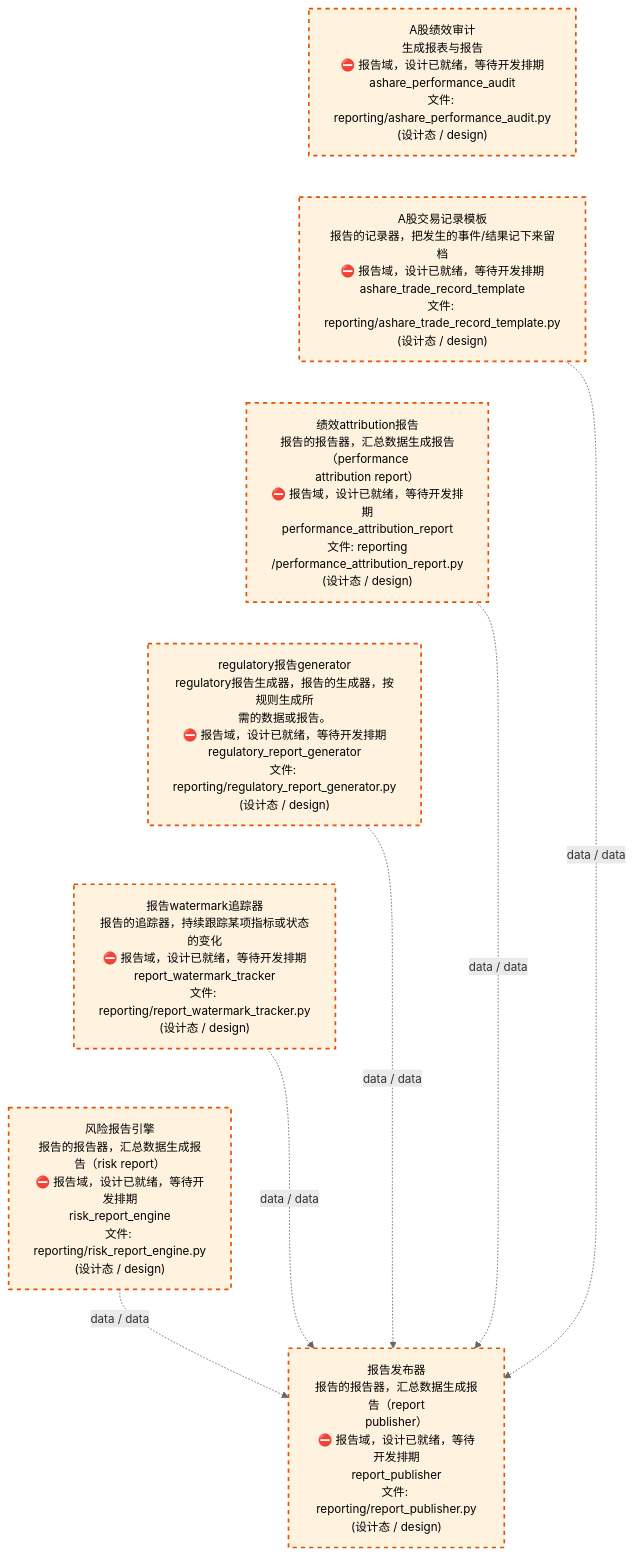
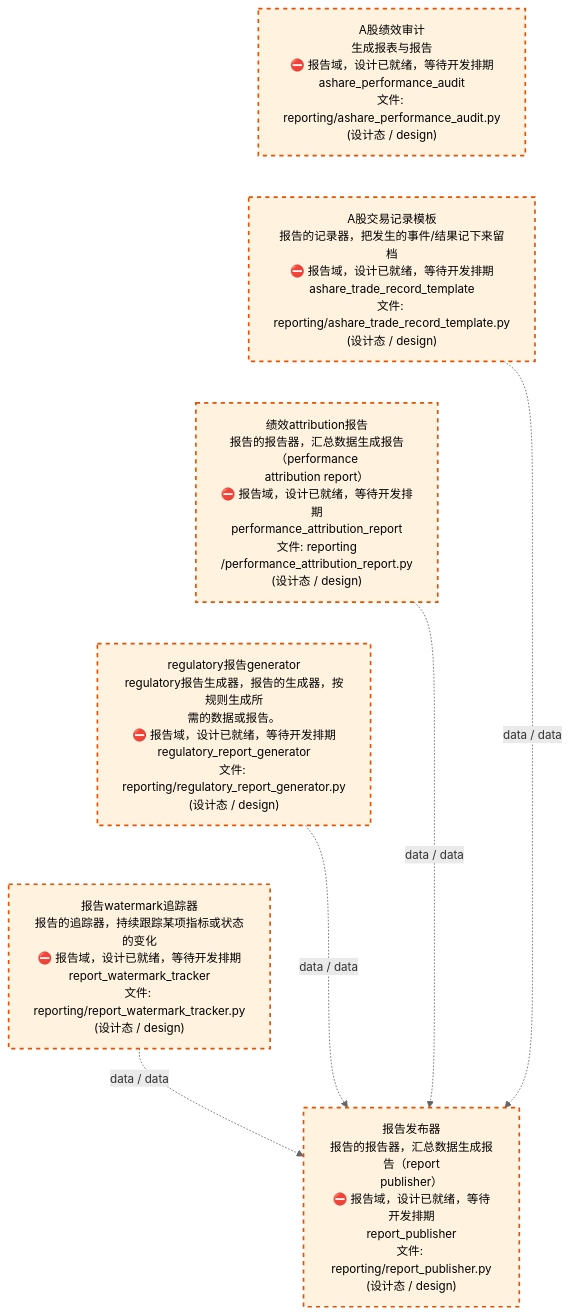
The third of 4 diagrams in docs/02_enterprise_architecture/02_domain_architecture_docs/26_d_reporting.md (xuanFelixVan/ZephyrAlpha), drawn with Mermaid before and after one commit. The commit also changed other lines of this file and 5 other files, not shown here.

````diff
--- a/docs/02_enterprise_architecture/02_domain_architecture_docs/26_d_reporting.md
+++ b/docs/02_enterprise_architecture/02_domain_architecture_docs/26_d_reporting.md
@@ -164,26 +167,23 @@
 ```mermaid
 %%{init: {'theme': 'base', 'themeVariables': {'primaryColor': '#eaeaea', 'primaryTextColor': '#333333', 'primaryBorderColor': '#666666', 'lineColor': '#666666', 'secondaryColor': '#eaeaea', 'tertiaryColor': '#eaeaea', 'fontSize': '14px'}}}%%
 flowchart TD
     src_zephyr_reporting_ashare_performance_audit_py["A股绩效审计<br/>生成报表与报告<br/>⛔ 报告域，设计已就绪，等待开发排期<br/>ashare_performance_audit<br/>文件: reporting/ashare_performance_audit.py<br/>(设计态 / design)"]
     src_zephyr_reporting_ashare_trade_record_template_py["A股交易记录模板<br/>报告的记录器，把发生的事件/结果记下来留档<br/>⛔ 报告域，设计已就绪，等待开发排期<br/>ashare_trade_record_template<br/>文件: reporting/ashare_trade_record_template.py<br/>(设计态 / design)"]
     src_zephyr_reporting_performance_attribution_report_py["绩效attribution报告<br/>报告的报告器，汇总数据生成报告（performance<br/>attribution report）<br/>⛔ 报告域，设计已就绪，等待开发排期<br/>performance_attribution_report<br/>文件: reporting<br/>/performance_attribution_report.py<br/>(设计态 / design)"]
     src_zephyr_reporting_regulatory_report_generator_py["regulatory报告generator<br/>regulatory报告生成器，报告的生成器，按规则生成所<br/>需的数据或报告。<br/>⛔ 报告域，设计已就绪，等待开发排期<br/>regulatory_report_generator<br/>文件: reporting/regulatory_report_generator.py<br/>(设计态 / design)"]
     src_zephyr_reporting_report_watermark_tracker_py["报告watermark追踪器<br/>报告的追踪器，持续跟踪某项指标或状态的变化<br/>⛔ 报告域，设计已就绪，等待开发排期<br/>report_watermark_tracker<br/>文件: reporting/report_watermark_tracker.py<br/>(设计态 / design)"]
-    src_zephyr_reporting_risk_report_engine_py["风险报告引擎<br/>报告的报告器，汇总数据生成报告（risk report）<br/>⛔ 报告域，设计已就绪，等待开发排期<br/>risk_report_engine<br/>文件: reporting/risk_report_engine.py<br/>(设计态 / design)"]
     src_zephyr_reporting_ashare_performance_audit_py ~~~ src_zephyr_reporting_ashare_trade_record_template_py
     src_zephyr_reporting_ashare_trade_record_template_py ~~~ src_zephyr_reporting_performance_attribution_report_py
     src_zephyr_reporting_performance_attribution_report_py ~~~ src_zephyr_reporting_regulatory_report_generator_py
     src_zephyr_reporting_regulatory_report_generator_py ~~~ src_zephyr_reporting_report_watermark_tracker_py
-    src_zephyr_reporting_report_watermark_tracker_py ~~~ src_zephyr_reporting_risk_report_engine_py
     src_zephyr_reporting_report_publisher_py["报告发布器<br/>报告的报告器，汇总数据生成报告（report<br/>publisher）<br/>⛔ 报告域，设计已就绪，等待开发排期<br/>report_publisher<br/>文件: reporting/report_publisher.py<br/>(设计态 / design)"]
     src_zephyr_reporting_ashare_trade_record_template_py -.->|data / data| src_zephyr_reporting_report_publisher_py
     src_zephyr_reporting_regulatory_report_generator_py -.->|data / data| src_zephyr_reporting_report_publisher_py
-    src_zephyr_reporting_risk_report_engine_py -.->|data / data| src_zephyr_reporting_report_publisher_py
     src_zephyr_reporting_performance_attribution_report_py -.->|data / data| src_zephyr_reporting_report_publisher_py
     src_zephyr_reporting_report_watermark_tracker_py -.->|data / data| src_zephyr_reporting_report_publisher_py
     classDef production fill:#e1f5fe,stroke:#01579b,stroke-width:2px,color:#000
     classDef design fill:#fff3e0,stroke:#e65100,stroke-width:2px,color:#000,stroke-dasharray: 5 5
     classDef external_prod fill:#e8f4fd,stroke:#0277bd,stroke-width:1px,color:#000
     classDef external_design fill:#fff8e7,stroke:#ef6c00,stroke-width:1px,color:#000,stroke-dasharray: 5 5
-    class src_zephyr_reporting_ashare_performance_audit_py,src_zephyr_reporting_ashare_trade_record_template_py,src_zephyr_reporting_performance_attribution_report_py,src_zephyr_reporting_regulatory_report_generator_py,src_zephyr_reporting_report_publisher_py,src_zephyr_reporting_report_watermark_tracker_py,src_zephyr_reporting_risk_report_engine_py design
+    class src_zephyr_reporting_ashare_performance_audit_py,src_zephyr_reporting_ashare_trade_record_template_py,src_zephyr_reporting_performance_attribution_report_py,src_zephyr_reporting_regulatory_report_generator_py,src_zephyr_reporting_report_publisher_py,src_zephyr_reporting_report_watermark_tracker_py design
 ```
````
